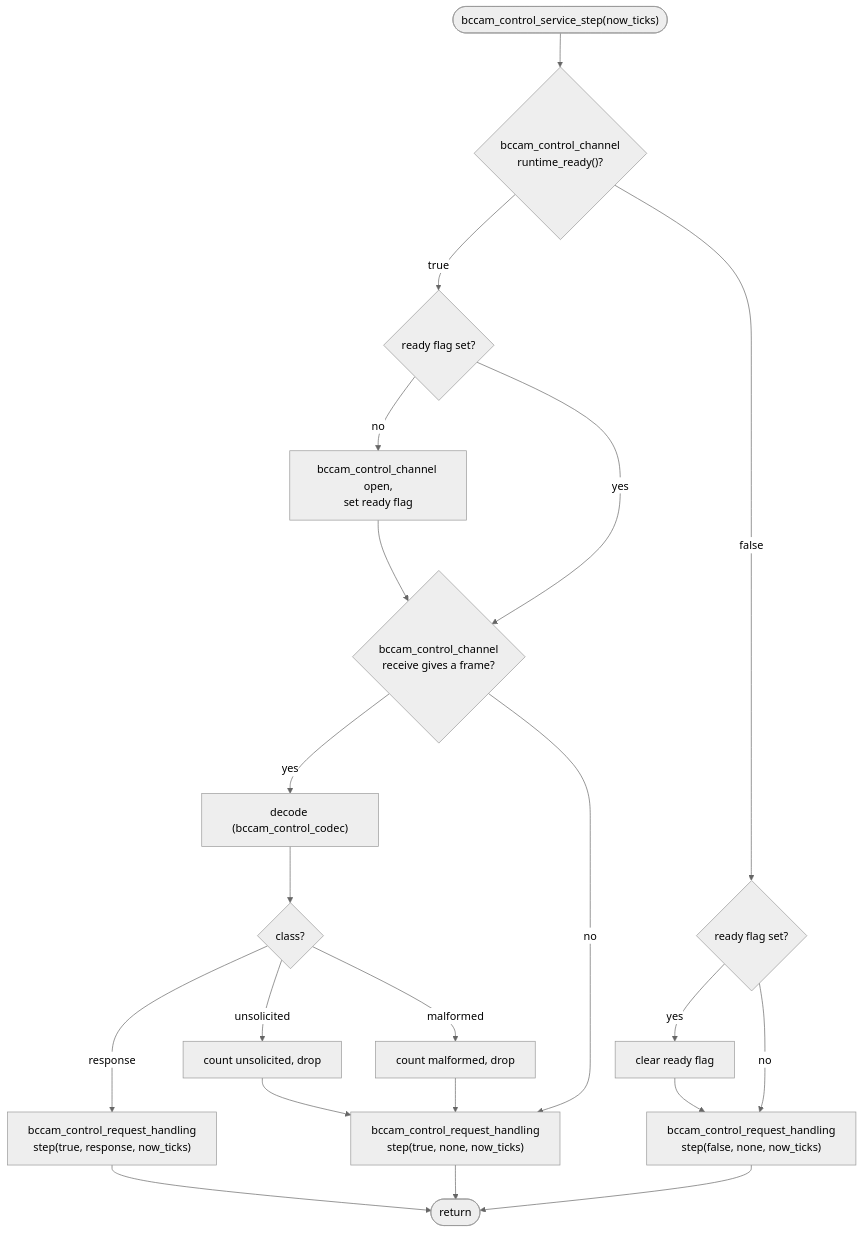
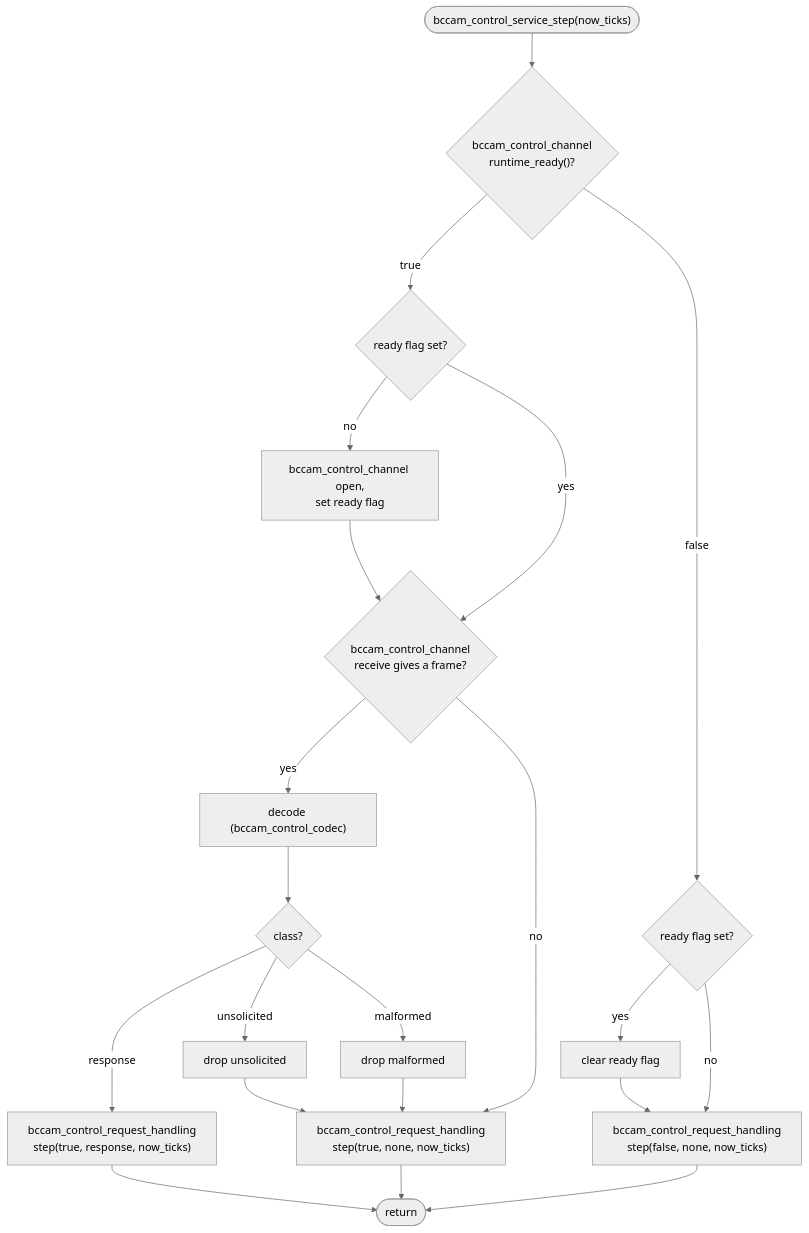
One commit to bitcraze/crazyflie-firmware changed the sixth of 10 diagrams in docs/functional-areas/camera-deck-control.md. Above: the diagram before and after it, drawn with Mermaid (neutral theme). The commit also changed other lines of this file, not shown here.

````diff
--- a/docs/functional-areas/camera-deck-control.md
+++ b/docs/functional-areas/camera-deck-control.md
@@ -639,39 +676,39 @@
 ```mermaid
 flowchart TD
     s0(["bccam_control_service_step(now_ticks)"])
     r0{"bccam_control_channel<br/>runtime_ready()?"}
 
     r1{"ready flag set?"}
     r2["bccam_control_channel open,<br/>set ready flag"]
     f0{"bccam_control_channel<br/>receive gives a frame?"}
     f1["decode (bccam_control_codec)"]
     f2{"class?"}
-    fu["count unsolicited, drop"]
-    fm["count malformed, drop"]
+    fu["drop unsolicited"]
+    fm["drop malformed"]
     h1["bccam_control_request_handling<br/>step(true, response, now_ticks)"]
     h2["bccam_control_request_handling<br/>step(true, none, now_ticks)"]
 
     n1{"ready flag set?"}
     n2["clear ready flag"]
     h3["bccam_control_request_handling<br/>step(false, none, now_ticks)"]
 
     e0(["return"])
 
     s0 --> r0
     r0 -- "true" --> r1
     r1 -- "no" --> r2 --> f0
     r1 -- "yes" --> f0
     f0 -- "yes" --> f1 --> f2
     f0 -- "no" --> h2
     f2 -- "response" --> h1
     f2 -- "unsolicited" --> fu --> h2
     f2 -- "malformed" --> fm --> h2
 
     r0 -- "false" --> n1
     n1 -- "yes" --> n2 --> h3
     n1 -- "no" --> h3
 
     h1 --> e0
     h2 --> e0
     h3 --> e0
 ```
````
